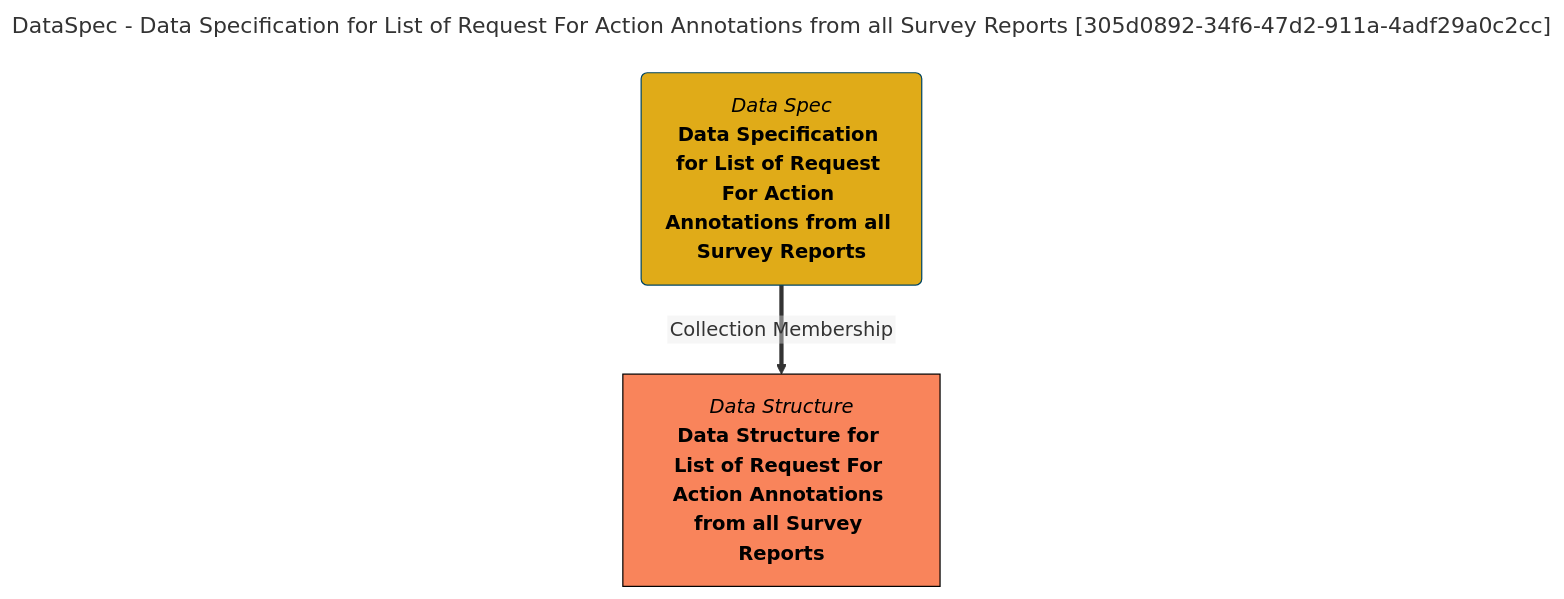
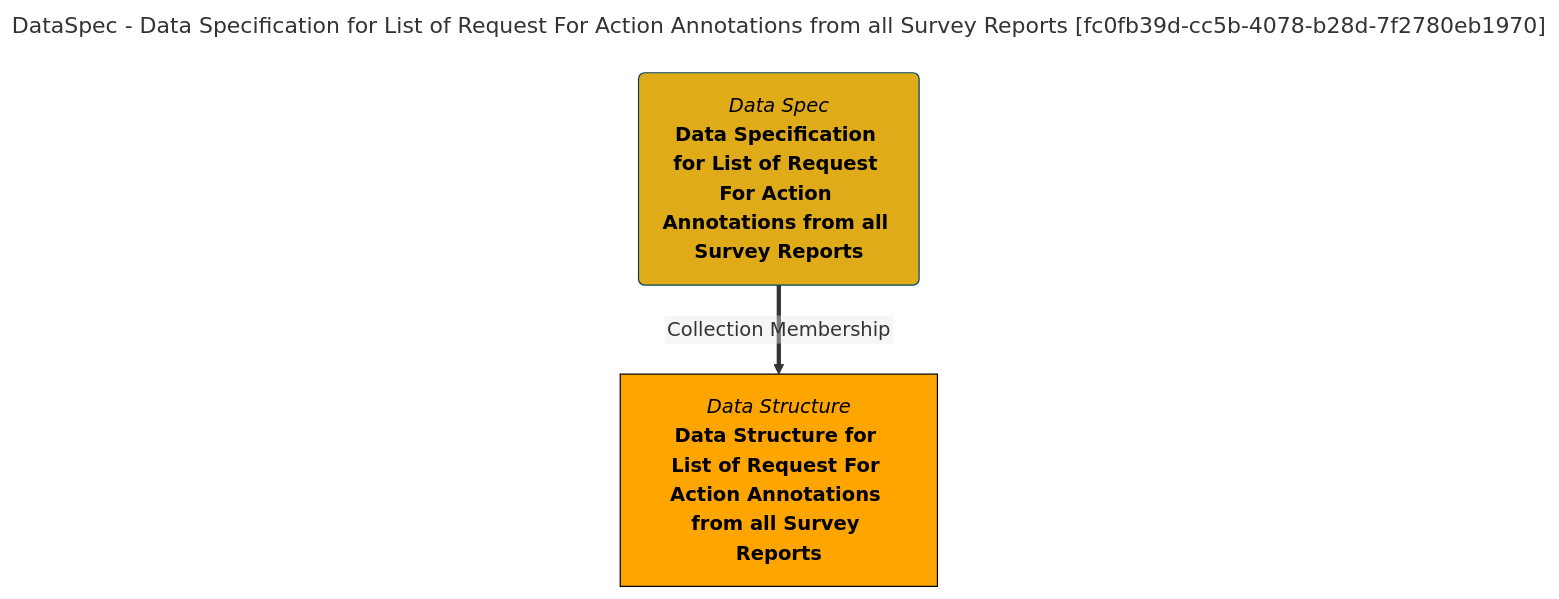
The diagram in site/snippets/collections/data-specs/data-specification-for-list-of-request-for-action-annotations-from-all-survey-reports-mermaid-graph.md (odpi/egeria-docs), drawn with Mermaid before and after one commit. The commit also changed 2201 other files, not shown here.

````diff
--- a/site/snippets/collections/data-specs/data-specification-for-list-of-request-for-action-annotations-from-all-survey-reports-mermaid-graph.md
+++ b/site/snippets/collections/data-specs/data-specification-for-list-of-request-for-action-annotations-from-all-survey-reports-mermaid-graph.md
@@ -1,15 +1,15 @@
 ```mermaid
 ---
-title: DataSpec - Data Specification for List of Request For Action Annotations from all Survey Reports [305d0892-34f6-47d2-911a-4adf29a0c2cc]
+title: DataSpec - Data Specification for List of Request For Action Annotations from all Survey Reports [fc0fb39d-cc5b-4078-b28d-7f2780eb1970]
 ---
 flowchart TD
 %%{init: {"flowchart": {"htmlLabels": false}} }%%
 
 1@{ shape: rounded, label: "*Data Spec*
 **Data Specification for List of Request For Action Annotations from all Survey Reports**"}
 2@{ shape: rect, label: "*Data Structure*
 **Data Structure for List of Request For Action Annotations from all Survey Reports**"}
 1==>|"Collection Membership"|2
 style 1 color:#000000, fill:#e0ab18, stroke:#004563
-style 2 color:#000000, fill:#f9845b, stroke:#000000
+style 2 color:#000000, fill:#FFA500, stroke:#000000
 ```
````
